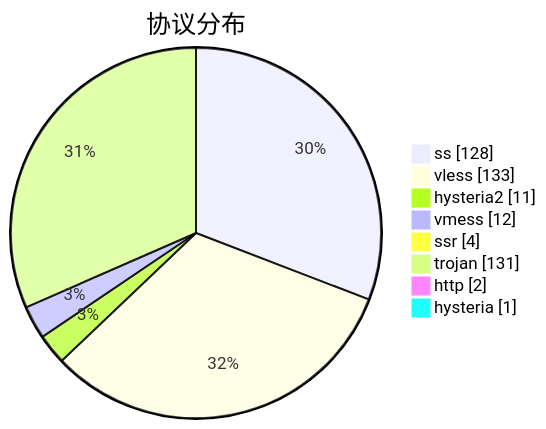
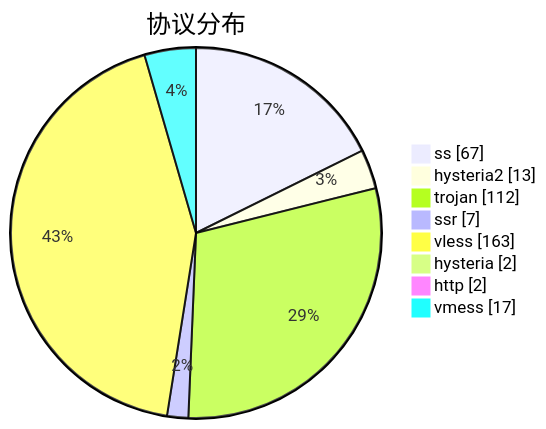
The third of 3 diagrams in subs/statistics/tested_within.md (sinspired/airport), drawn with Mermaid before and after one commit. The commit also changed other lines of this file and 2 other files, not shown here.

````diff
--- a/subs/statistics/tested_within.md
+++ b/subs/statistics/tested_within.md
@@ -65,12 +59,12 @@
 ```mermaid
 pie showData
 title 协议分布
-"ss" : 128
-"vless" : 133
-"hysteria2" : 11
-"vmess" : 12
-"ssr" : 4
-"trojan" : 131
+"ss" : 67
+"hysteria2" : 13
+"trojan" : 112
+"ssr" : 7
+"vless" : 163
+"hysteria" : 2
 "http" : 2
-"hysteria" : 1
+"vmess" : 17
 ```
````
